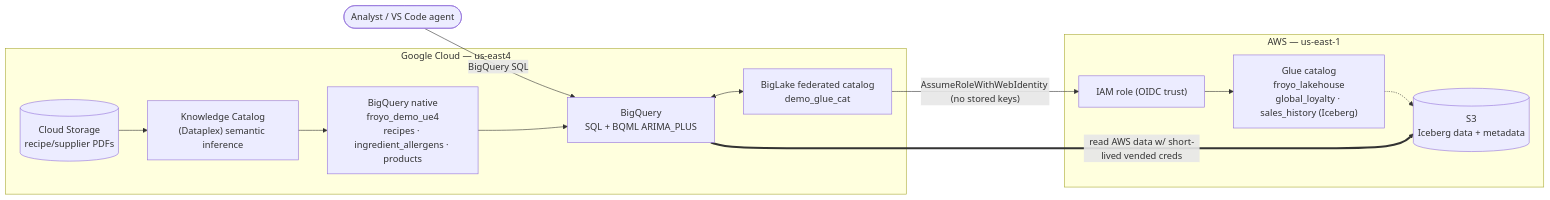
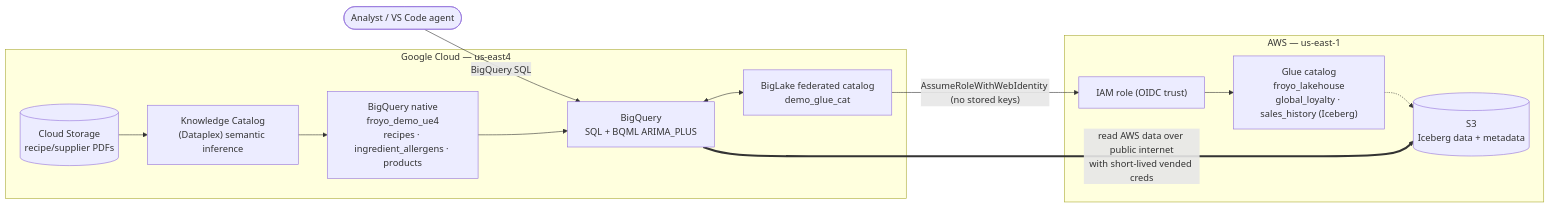
Before and after one commit to johanesalxd/random-stuff: the diagram in bq_cross_cloud_lakehouse/README.md, drawn with Mermaid. The commit also changed other lines of this file and 16 other files, not shown here.

````diff
--- a/bq_cross_cloud_lakehouse/README.md
+++ b/bq_cross_cloud_lakehouse/README.md
@@ -37,20 +38,20 @@
 ```mermaid
 flowchart LR
     USER([Analyst / VS&nbsp;Code agent]) -->|BigQuery SQL| BQ
     subgraph GCP["Google Cloud — us-east4"]
         PDFS[("Cloud Storage<br/>recipe/supplier PDFs")]
         KC["Knowledge Catalog<br/>(Dataplex) semantic inference"]
         NATIVE["BigQuery native<br/>froyo_demo_ue4<br/>recipes · ingredient_allergens · products"]
         BQ["BigQuery<br/>SQL + BQML ARIMA_PLUS"]
         CAT["BigLake federated catalog<br/>demo_glue_cat"]
         PDFS --> KC --> NATIVE --> BQ
         BQ <--> CAT
     end
     subgraph AWS["AWS — us-east-1"]
         ROLE["IAM role (OIDC trust)"]
         GLUE["Glue catalog<br/>froyo_lakehouse<br/>global_loyalty · sales_history (Iceberg)"]
         S3[("S3<br/>Iceberg data + metadata")]
     end
     CAT -->|"AssumeRoleWithWebIdentity (no stored keys)"| ROLE --> GLUE -.-> S3
-    BQ ==>|"read AWS data w/ short-lived vended creds"| S3
+    BQ ==>|"read AWS data over public internet<br/>with short-lived vended creds"| S3
 ```
````
